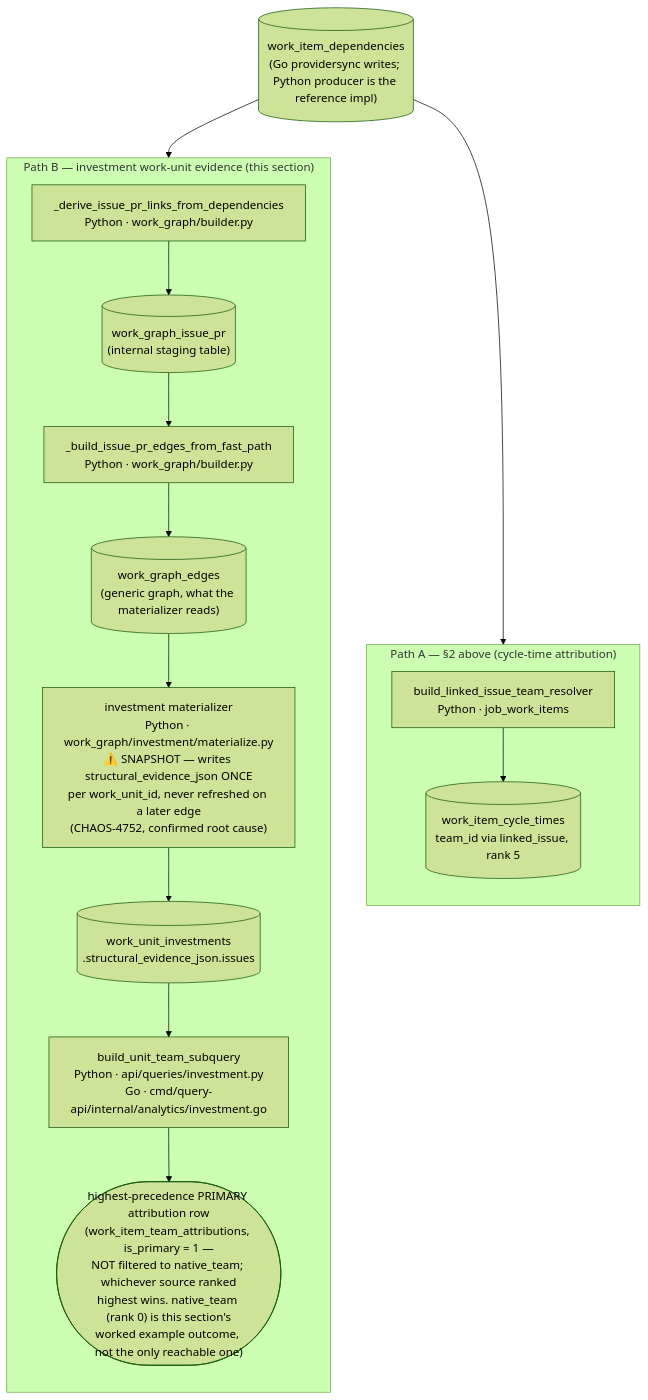
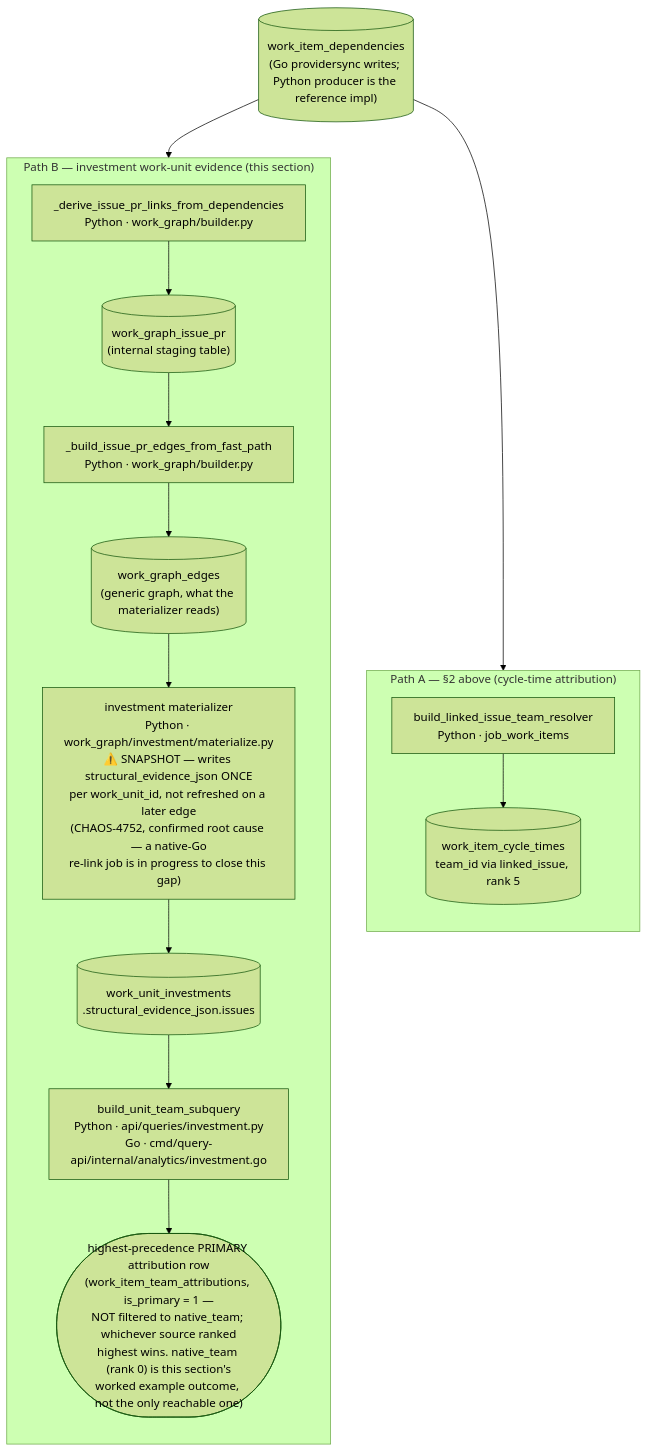
Before and after one commit to full-chaos/dev-health-ops: the fifth of 9 diagrams in docs/contribute/architecture/team-attribution.md, drawn with Mermaid (forest theme). The commit also changed other lines of this file, not shown here.

````diff
--- a/docs/contribute/architecture/team-attribution.md
+++ b/docs/contribute/architecture/team-attribution.md
@@ -1337,27 +1348,27 @@
 ```mermaid
 flowchart TD
     WID[("work_item_dependencies<br/>(Go providersync writes; Python producer is the reference impl)")]
 
     subgraph PathA["Path A — §2 above (cycle-time attribution)"]
         direction TB
         BuildResolver["build_linked_issue_team_resolver<br/>Python · job_work_items"]
         CycleTimes[("work_item_cycle_times<br/>team_id via linked_issue, rank 5")]
         BuildResolver --> CycleTimes
     end
 
     subgraph PathB["Path B — investment work-unit evidence (this section)"]
         direction TB
         Derive["_derive_issue_pr_links_from_dependencies<br/>Python · work_graph/builder.py"]
         WGIP[("work_graph_issue_pr<br/>(internal staging table)")]
         FastPath["_build_issue_pr_edges_from_fast_path<br/>Python · work_graph/builder.py"]
         WGE[("work_graph_edges<br/>(generic graph, what the materializer reads)")]
-        Materialize["investment materializer<br/>Python · work_graph/investment/materialize.py<br/>⚠️ SNAPSHOT — writes structural_evidence_json ONCE<br/>per work_unit_id, never refreshed on a later edge<br/>(CHAOS-4752, confirmed root cause)"]
+        Materialize["investment materializer<br/>Python · work_graph/investment/materialize.py<br/>⚠️ SNAPSHOT — writes structural_evidence_json ONCE<br/>per work_unit_id, not refreshed on a later edge<br/>(CHAOS-4752, confirmed root cause — a native-Go<br/>re-link job is in progress to close this gap)"]
         SEJ[("work_unit_investments<br/>.structural_evidence_json.issues")]
         UnitTeam["build_unit_team_subquery<br/>Python · api/queries/investment.py<br/>Go · cmd/query-api/internal/analytics/investment.go"]
         Resolved(["highest-precedence PRIMARY attribution row<br/>(work_item_team_attributions, is_primary = 1 —<br/>NOT filtered to native_team; whichever source ranked<br/>highest wins. native_team (rank 0) is this section's<br/>worked example outcome, not the only reachable one)"])
         Derive --> WGIP --> FastPath --> WGE --> Materialize --> SEJ --> UnitTeam --> Resolved
     end
 
     WID --> BuildResolver
     WID --> Derive
 ```
````
